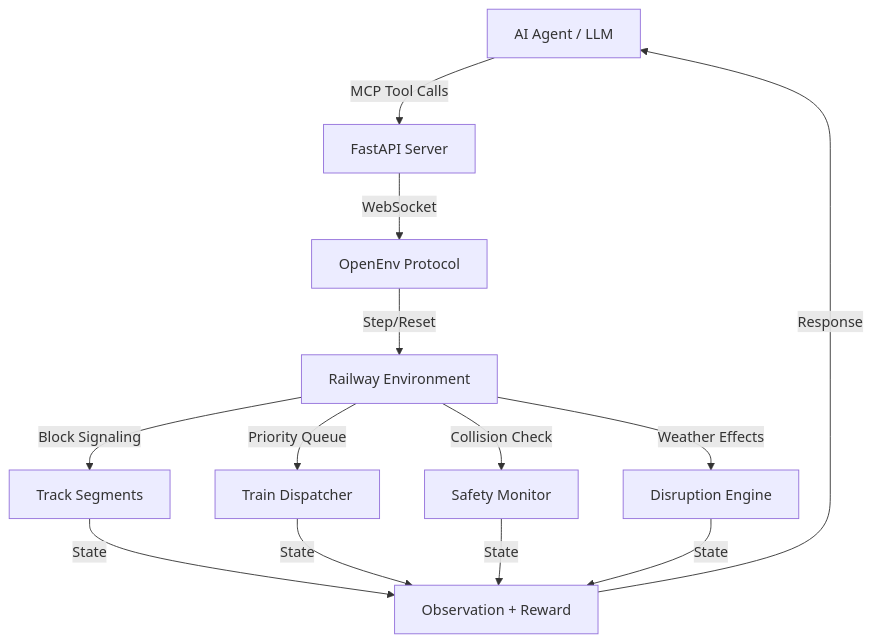
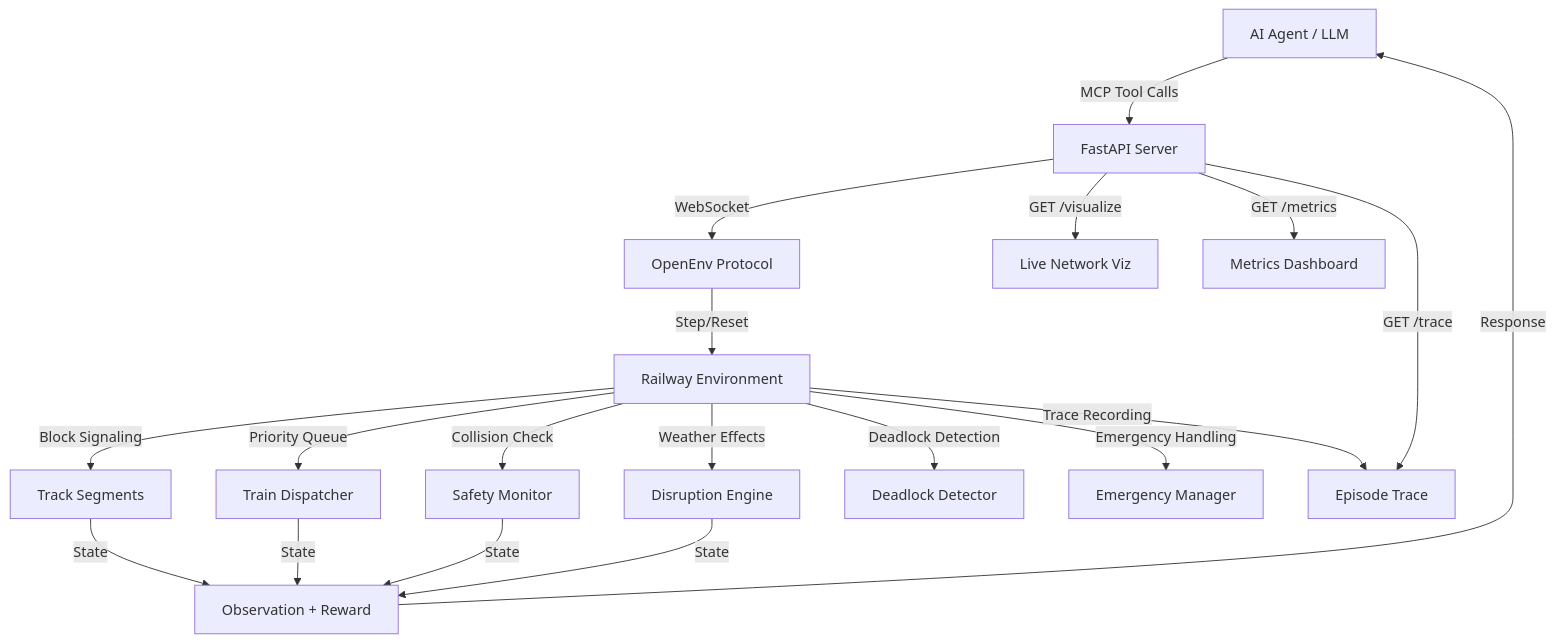
One commit to Atul1242/railway_controller changed the diagram in README.md. Above: the diagram before and after it, drawn with Mermaid. The commit also changed other lines of this file and 4 other files, not shown here.

Commit message:
Add unit tests (30 passing), /visualize endpoint, metrics, deadlock detection, emergency handling, trace recording

````diff
--- a/README.md
+++ b/README.md
@@ -296,12 +300,18 @@
 ```mermaid
 graph TB
     A[AI Agent / LLM] -->|MCP Tool Calls| B[FastAPI Server]
     B -->|WebSocket| C[OpenEnv Protocol]
     C -->|Step/Reset| D[Railway Environment]
     D -->|Block Signaling| E[Track Segments]
     D -->|Priority Queue| F[Train Dispatcher]
     D -->|Collision Check| G[Safety Monitor]
     D -->|Weather Effects| H[Disruption Engine]
+    D -->|Deadlock Detection| J[Deadlock Detector]
+    D -->|Emergency Handling| K[Emergency Manager]
+    D -->|Trace Recording| L[Episode Trace]
     E & F & G & H -->|State| I[Observation + Reward]
     I -->|Response| A
+    B -->|GET /visualize| M[Live Network Viz]
+    B -->|GET /metrics| N[Metrics Dashboard]
+    B -->|GET /trace| L
 ```
````
